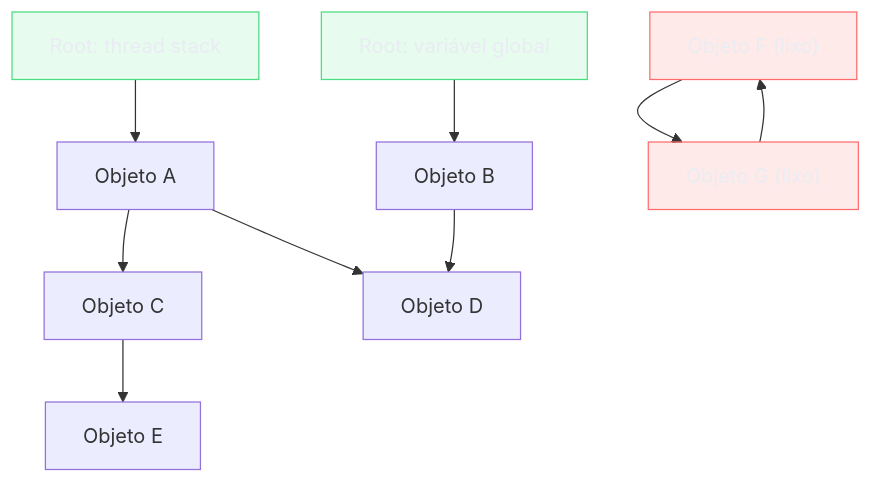
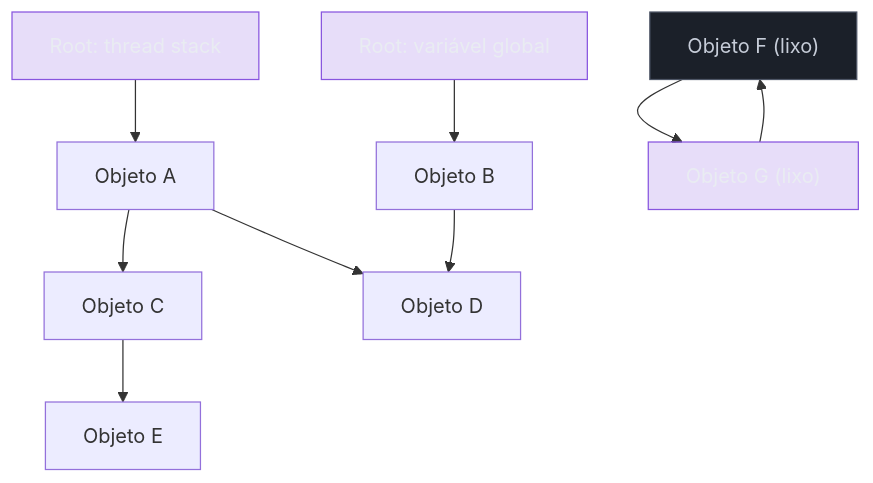
One commit to josenaldo/codex-technomanticus changed the first of 11 diagrams in 03-Dominios/Ciência/Compiladores e Linguagens/16 - Garbage collection.md. Above: the diagram before and after it, drawn with Mermaid. The commit also changed other lines of this file and 601 other files, not shown here.

````diff
--- a/03-Dominios/Ciência/Compiladores e Linguagens/16 - Garbage collection.md
+++ b/03-Dominios/Ciência/Compiladores e Linguagens/16 - Garbage collection.md
@@ -55,18 +55,18 @@
 ```mermaid
 graph TD
-    classDef falha fill:#FF6B6B24,stroke:#FF6B6B,color:#E9ECF2
-    classDef ok fill:#4ADE8021,stroke:#4ADE80,color:#E9ECF2
+    classDef marca fill:#8855DF33,stroke:#8855DF,color:#E9ECF2
+    classDef neutro fill:#1B2029,stroke:#4E5666,color:#C6CCD8
     R1["Root: thread stack"] --> A["Objeto A"]
     R2["Root: variável global"] --> B["Objeto B"]
     A --> C["Objeto C"]
     A --> D["Objeto D"]
     B --> D
     C --> E["Objeto E"]
     F["Objeto F (lixo)"] --> G["Objeto G (lixo)"]
     G --> F
 
-    class F falha
-    class G falha
-    class R1 ok
-    class R2 ok
+    class F neutro
+    class G marca
+    class R1 marca
+    class R2 marca
 ```
````
